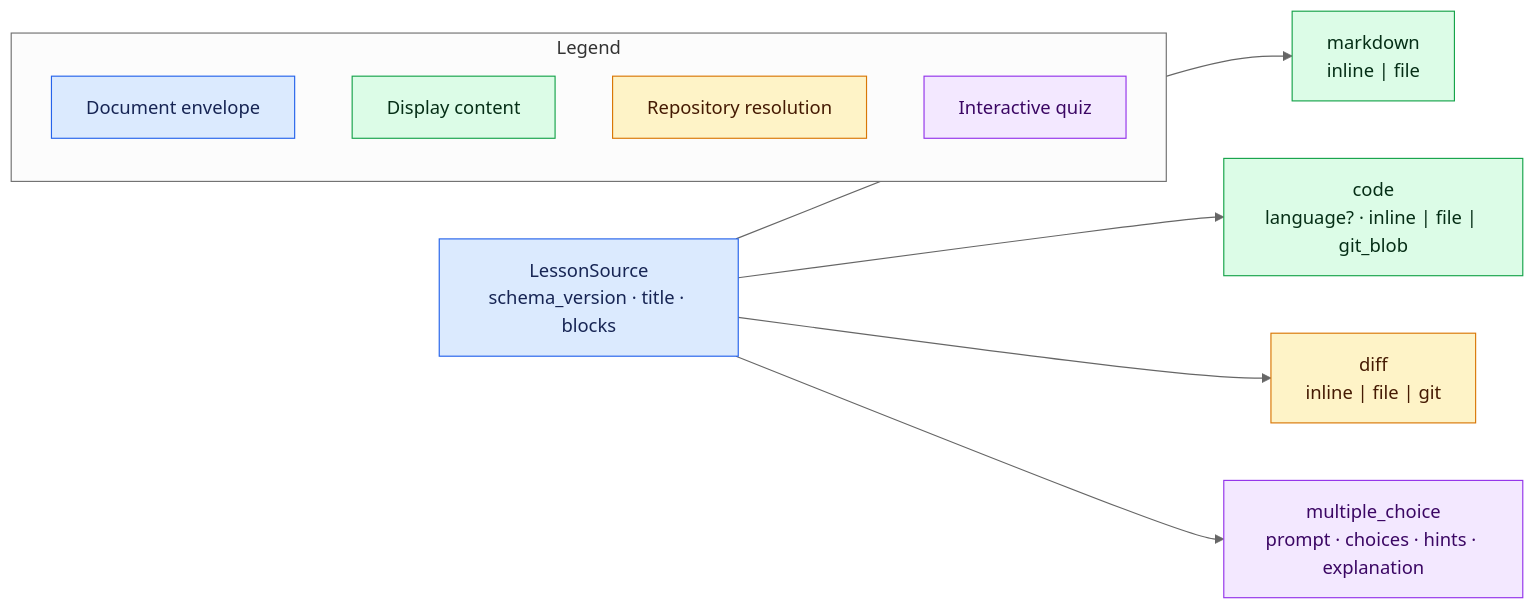
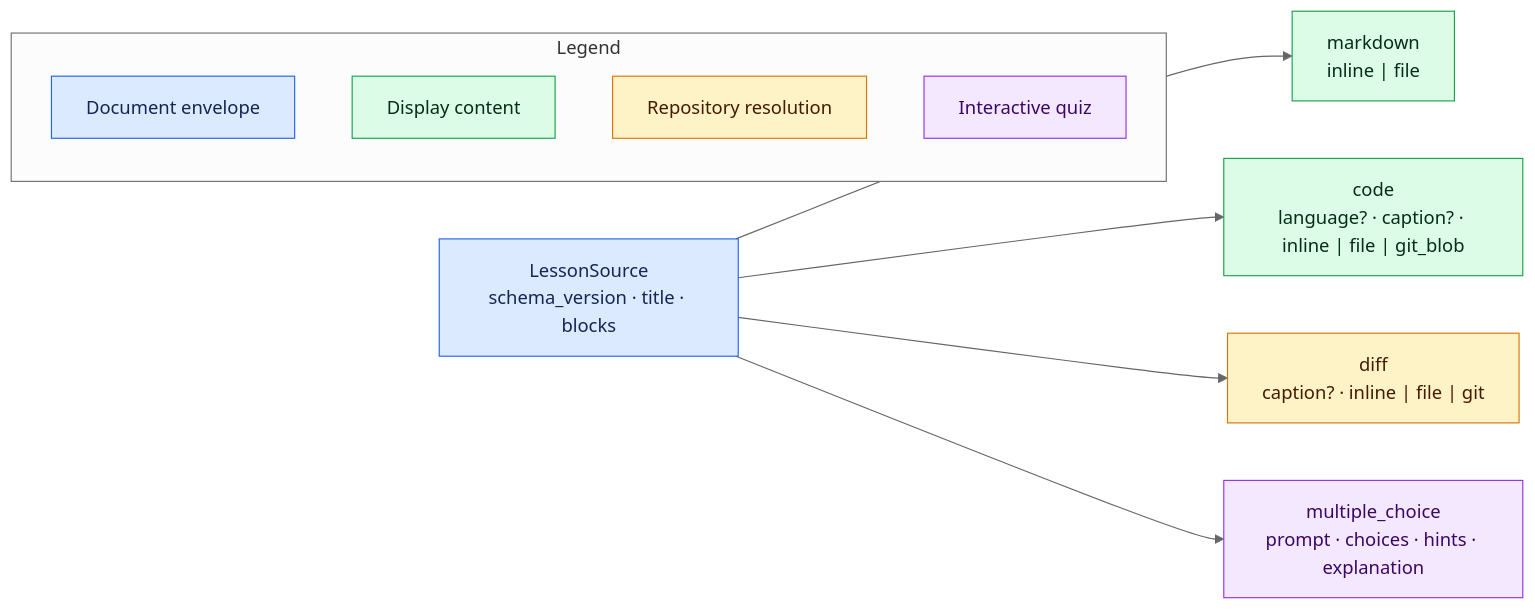
Before and after one commit to negative-nilgiri/teacher: the diagram in docs/AUTHORING.md, drawn with Mermaid (neutral theme). The commit also changed other lines of this file and 188 other files, not shown here.

````diff
--- a/docs/AUTHORING.md
+++ b/docs/AUTHORING.md
@@ -30,20 +42,20 @@
 ```mermaid
 flowchart LR
     L["LessonSource<br/>schema_version · title · blocks"]:::envelope
     L --> M["markdown<br/>inline | file"]:::content
-    L --> C["code<br/>language? · inline | file | git_blob"]:::content
-    L --> D["diff<br/>inline | file | git"]:::repository
+    L --> C["code<br/>language? · caption? · inline | file | git_blob"]:::content
+    L --> D["diff<br/>caption? · inline | file | git"]:::repository
     L --> Q["multiple_choice<br/>prompt · choices · hints · explanation"]:::quiz
 
     subgraph Legend
       LE["Document envelope"]:::envelope
       LC["Display content"]:::content
       LR["Repository resolution"]:::repository
       LQ["Interactive quiz"]:::quiz
     end
 
     classDef envelope fill:#dbeafe,stroke:#2563eb,color:#172554
     classDef content fill:#dcfce7,stroke:#16a34a,color:#052e16
     classDef repository fill:#fef3c7,stroke:#d97706,color:#451a03
     classDef quiz fill:#f3e8ff,stroke:#9333ea,color:#3b0764
 ```
````
